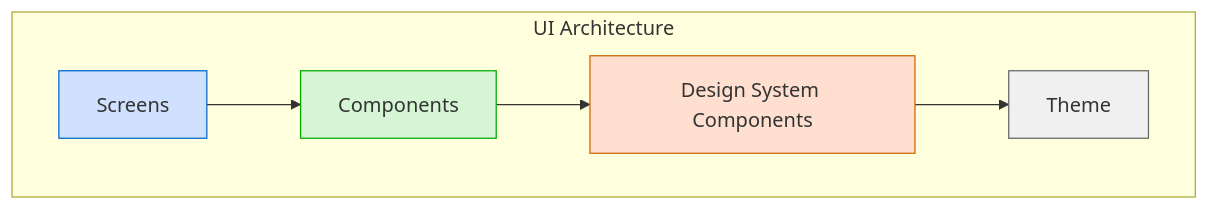
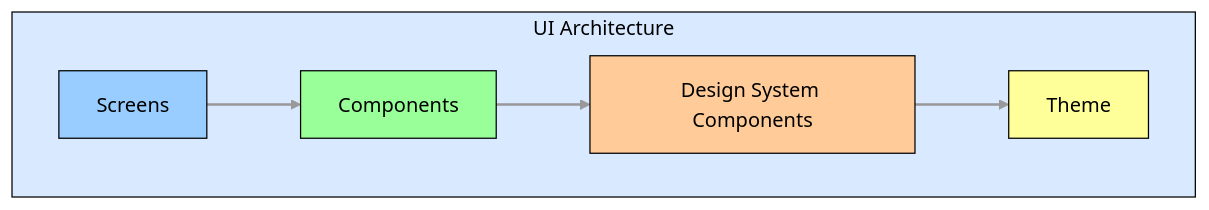
One commit to thunderbird/thunderbird-android changed the first of 2 diagrams in docs/architecture/ui-architecture.md. Above: the diagram before and after it, drawn with Mermaid. The commit also changed other lines of this file and 5 other files, not shown here.

Commit message:
docs(architecture): improve diagram colors and unified styling and naming

````diff
--- a/docs/architecture/ui-architecture.md
+++ b/docs/architecture/ui-architecture.md
@@ -9,23 +9,27 @@
 ```mermaid
 graph TD
-    subgraph "UI Architecture"
+    subgraph UI_ARCHITECTURE["UI Architecture"]
         SCREENS[Screens]
         COMPONENTS[Components]
         DESIGN[Design System Components]
         THEME[Theme]
     end
 
     SCREENS --> COMPONENTS
     COMPONENTS --> DESIGN
     DESIGN --> THEME
 
-    classDef screenClass fill:#d0e0ff,stroke:#0066cc
-    classDef componentClass fill:#d5f5d5,stroke:#00aa00
-    classDef designClass fill:#ffe0d0,stroke:#cc6600
-    classDef themeClass fill:#f0f0f0,stroke:#666666
+    classDef ui_layer fill:#d9e9ff,stroke:#000000,color:#000000
+    classDef screen fill:#99ccff,stroke:#000000,color:#000000
+    classDef component fill:#99ff99,stroke:#000000,color:#000000
+    classDef design fill:#ffcc99,stroke:#000000,color:#000000
+    classDef theme fill:#ffff99,stroke:#000000,color:#000000
 
-    class SCREENS screenClass
-    class COMPONENTS componentClass
-    class DESIGN designClass
-    class THEME themeClass
+    linkStyle default stroke:#999,stroke-width:2px
+
+    class UI_ARCHITECTURE ui_layer
+    class SCREENS screen
+    class COMPONENTS component
+    class DESIGN design
+    class THEME theme
 ```
````
